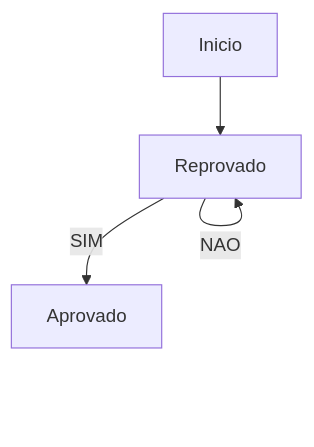
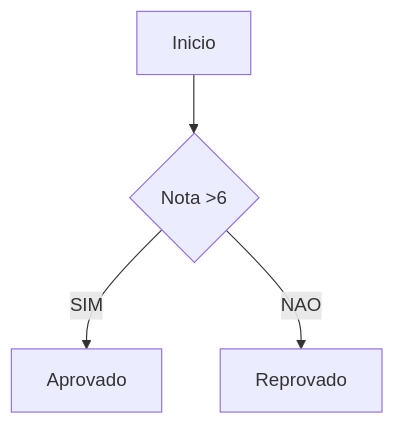
The second of 2 diagrams in README.md (Leandro-dsm/graficoGantt), drawn with Mermaid before and after one commit.

````diff
--- a/README.md
+++ b/README.md
@@ -10,6 +10,6 @@
 ```mermaid
 graph TD;
   A[Inicio] --> B{Nota >6};
   B --> |SIM| C[Aprovado];
-  B --> |NAO| B[Reprovado];
+  B --> |NAO| D[Reprovado];
 ```
````
